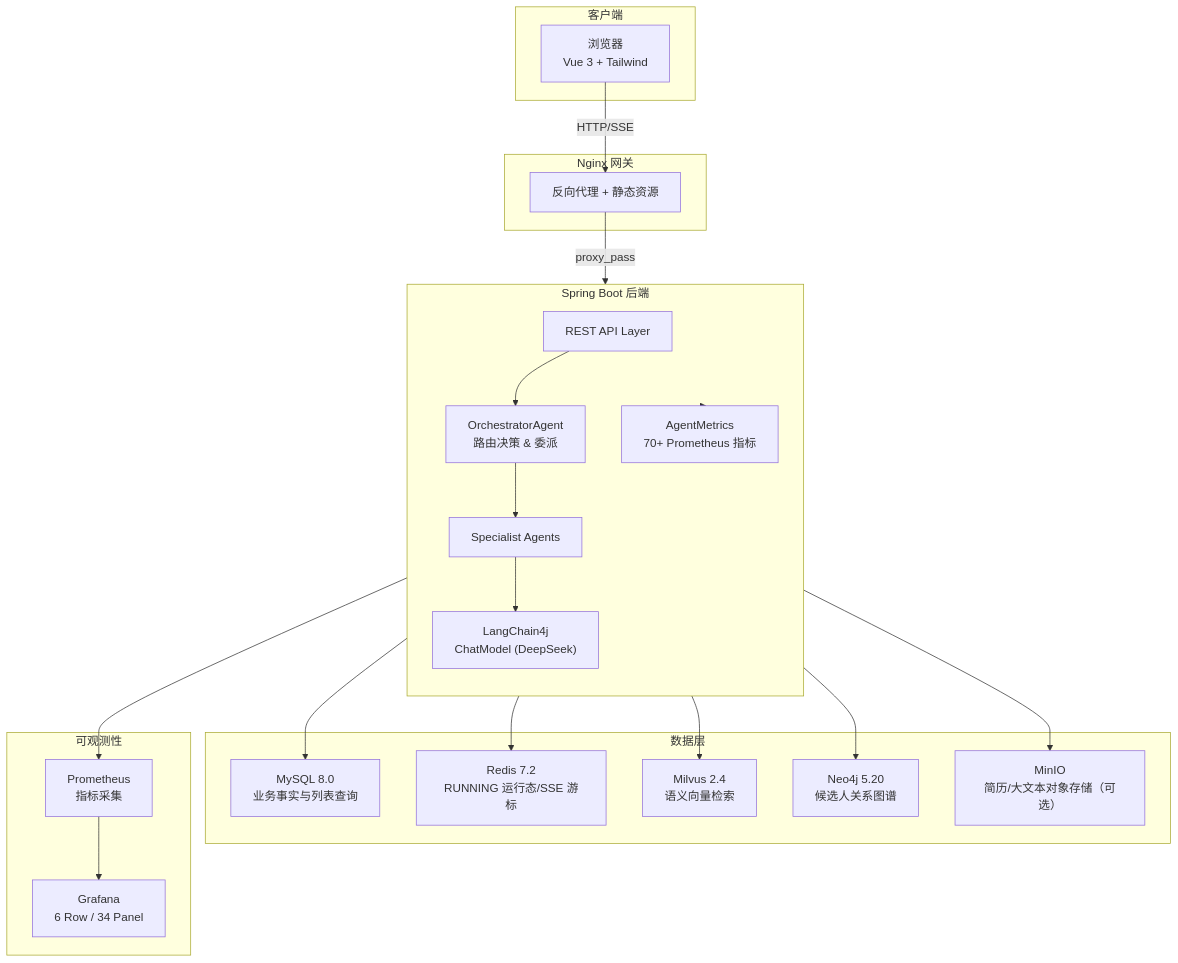
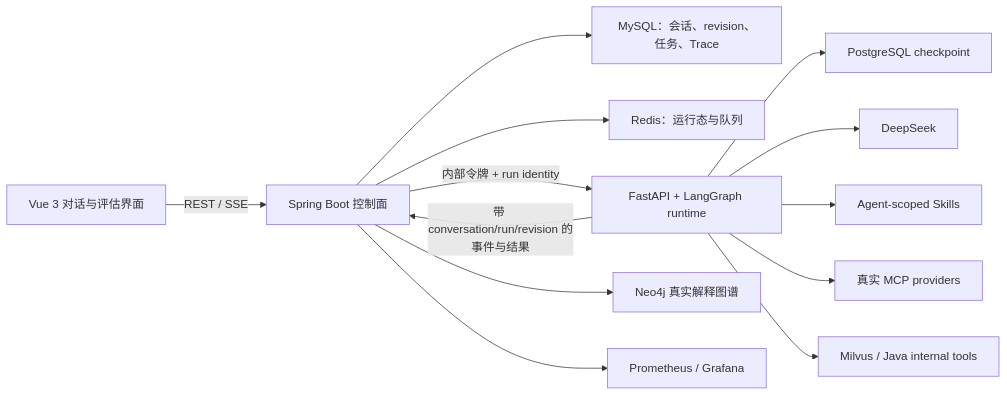
The diagram in README.md (iTomGeller/ResumAI-Agent), drawn with Mermaid before and after one commit. The commit also changed other lines of this file and 3 other files, not shown here.

Commit message:
docs: conversational agent runtime README and env template

````diff
--- a/README.md
+++ b/README.md
@@ -32,46 +32,15 @@
 ```mermaid
-flowchart TB
-    subgraph Client ["客户端"]
-        Browser["浏览器<br/>Vue 3 + Tailwind"]
-    end
-
-    subgraph Gateway ["Nginx 网关"]
-        Nginx["反向代理 + 静态资源"]
-    end
-
-    subgraph Backend ["Spring Boot 后端"]
-        direction TB
-        API["REST API Layer"]
-        Orchestrator["OrchestratorAgent<br/>路由决策 & 委派"]
-        Agents["Specialist Agents"]
-        LLM["LangChain4j<br/>ChatModel (DeepSeek)"]
-        Metrics["AgentMetrics<br/>70+ Prometheus 指标"]
-    end
-
-    subgraph Storage ["数据层"]
-        MySQL["MySQL 8.0<br/>业务事实与列表查询"]
-        Redis["Redis 7.2<br/>RUNNING 运行态/SSE 游标"]
-        Milvus["Milvus 2.4<br/>语义向量检索"]
-        Neo4j["Neo4j 5.20<br/>候选人关系图谱"]
-        MinIO["MinIO<br/>简历/大文本对象存储（可选）"]
-    end
-
-    subgraph Observability ["可观测性"]
-        Prometheus["Prometheus<br/>指标采集"]
-        Grafana["Grafana<br/>6 Row / 34 Panel"]
-    end
-
-    Browser -->|HTTP/SSE| Nginx
-    Nginx -->|proxy_pass| API
-    API --> Orchestrator
-    Orchestrator --> Agents
-    Agents --> LLM
-    Agents --> Milvus
-    Agents --> Neo4j
-    API --> MySQL
-    API --> Redis
-    API --> MinIO
-    Backend --> Metrics
-    Metrics --> Prometheus
-    Prometheus --> Grafana
+flowchart LR
+    UI["Vue 3 对话与评估界面"] -->|"REST / SSE"| API["Spring Boot 控制面"]
+    API --> MYSQL["MySQL：会话、revision、任务、Trace"]
+    API --> REDIS["Redis：运行态与队列"]
+    API -->|"内部令牌 + run identity"| WF["FastAPI + LangGraph runtime"]
+    WF --> PG["PostgreSQL checkpoint"]
+    WF --> LLM["DeepSeek"]
+    WF --> SKILLS["Agent-scoped Skills"]
+    WF --> MCP["真实 MCP providers"]
+    WF --> RAG["Milvus / Java internal tools"]
+    API --> NEO4J["Neo4j 真实解释图谱"]
+    WF -->|"带 conversation/run/revision 的事件与结果"| API
+    API --> OBS["Prometheus / Grafana"]
 ```
````
